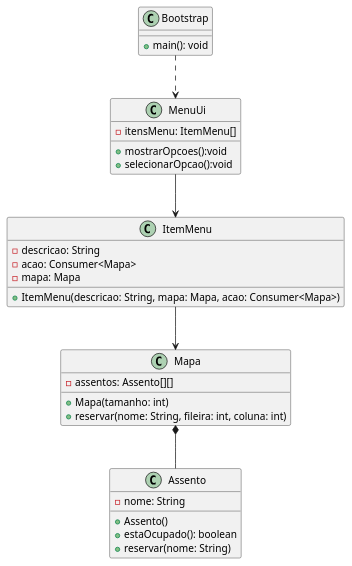
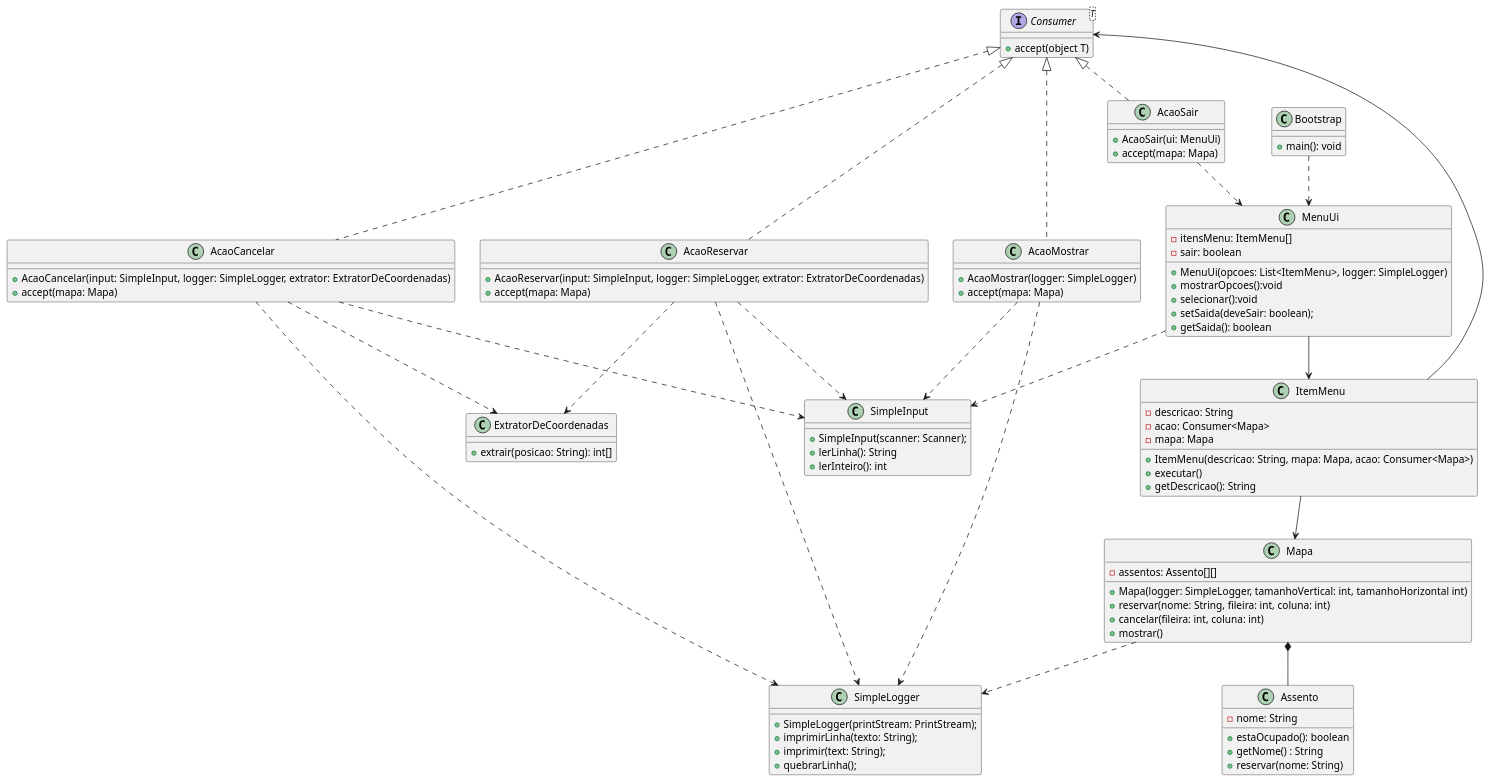
The diagram in src/main/resources/diagrama.puml (kibutzzz/estruturas-lineares), drawn with PlantUML before and after one commit. The commit also changed 1 other file, not shown here.

Commit message:
update diagram

```diff
--- a/src/main/resources/diagrama.puml
+++ b/src/main/resources/diagrama.puml
@@ -1,43 +1,111 @@
 @startuml cinema
+
+class SimpleLogger {
+  + SimpleLogger(printStream: PrintStream);
+  + imprimirLinha(texto: String);
+  + imprimir(text: String);
+  + quebrarLinha();
+}
+
+class SimpleInput {
+  + SimpleInput(scanner: Scanner);
+  + lerLinha(): String
+  + lerInteiro(): int
+}
+
+class ExtratorDeCoordenadas {
+  + extrair(posicao: String): int[]
+}
+
+class AcaoCancelar implements Consumer {
+  + AcaoCancelar(input: SimpleInput, logger: SimpleLogger, extrator: ExtratorDeCoordenadas)
+  + accept(mapa: Mapa)
+}
+
+class AcaoMostrar implements Consumer {
+  + AcaoMostrar(logger: SimpleLogger)
+  + accept(mapa: Mapa)
+}
+
+class AcaoReservar implements Consumer {
+  + AcaoReservar(input: SimpleInput, logger: SimpleLogger, extrator: ExtratorDeCoordenadas)
+  + accept(mapa: Mapa)
+}
+
+class AcaoSair implements Consumer {
+  + AcaoSair(ui: MenuUi)
+  + accept(mapa: Mapa)
+}
 
 class Mapa {
   - assentos: Assento[][]
-  + Mapa(tamanho: int)
+  + Mapa(logger: SimpleLogger, tamanhoVertical: int, tamanhoHorizontal int)
   + reservar(nome: String, fileira: int, coluna: int)
+  + cancelar(fileira: int, coluna: int)
+  + mostrar()
 }
 
 class Assento {
   - nome: String
-  + Assento()
   + estaOcupado(): boolean
+  + getNome() : String
   + reservar(nome: String)
 }
 
 class Bootstrap {
   + main(): void
 }
 
 class MenuUi {
   - itensMenu: ItemMenu[]
+  - sair: boolean
+
+  + MenuUi(opcoes: List<ItemMenu>, logger: SimpleLogger)
   + mostrarOpcoes():void 
-  + selecionarOpcao():void
+  + selecionar():void
+  + setSaida(deveSair: boolean);
+  + getSaida(): boolean
 }
 
 class ItemMenu {
   - descricao: String
   - acao: Consumer<Mapa>
   - mapa: Mapa
 
   + ItemMenu(descricao: String, mapa: Mapa, acao: Consumer<Mapa>)
+  + executar()
+  + getDescricao(): String
+}
+
+interface Consumer<T> {
+
+  + accept(object T)
 }
 
 
 Bootstrap ..> MenuUi
-' Bootstrap ..> ConversorDeColuna
+ItemMenu --> Consumer
+AcaoCancelar ..> ExtratorDeCoordenadas
+AcaoReservar ..> ExtratorDeCoordenadas
+
+AcaoMostrar ..> SimpleLogger
+AcaoCancelar ..> SimpleLogger
+AcaoReservar ..> SimpleLogger
+
+AcaoSair ..> MenuUi
+
+AcaoMostrar ..> SimpleInput
+AcaoCancelar ..> SimpleInput
+AcaoReservar ..> SimpleInput
+
+
+
 Mapa *-- Assento
+MenuUi ..> SimpleInput
+Mapa ..> SimpleLogger
 MenuUi --> ItemMenu
 ItemMenu --> Mapa
 
 
 
 @enduml
```
